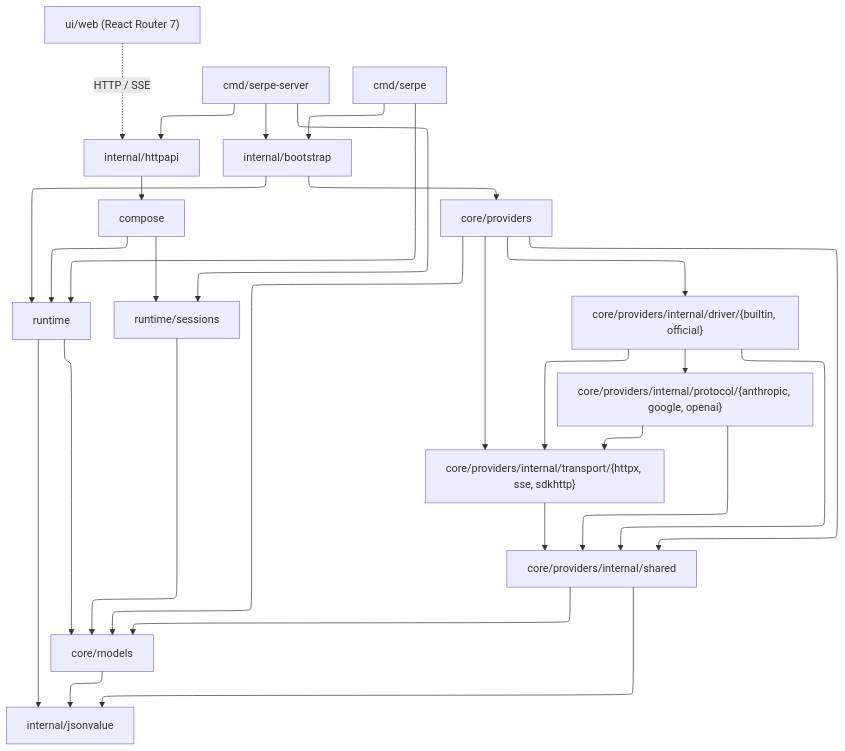
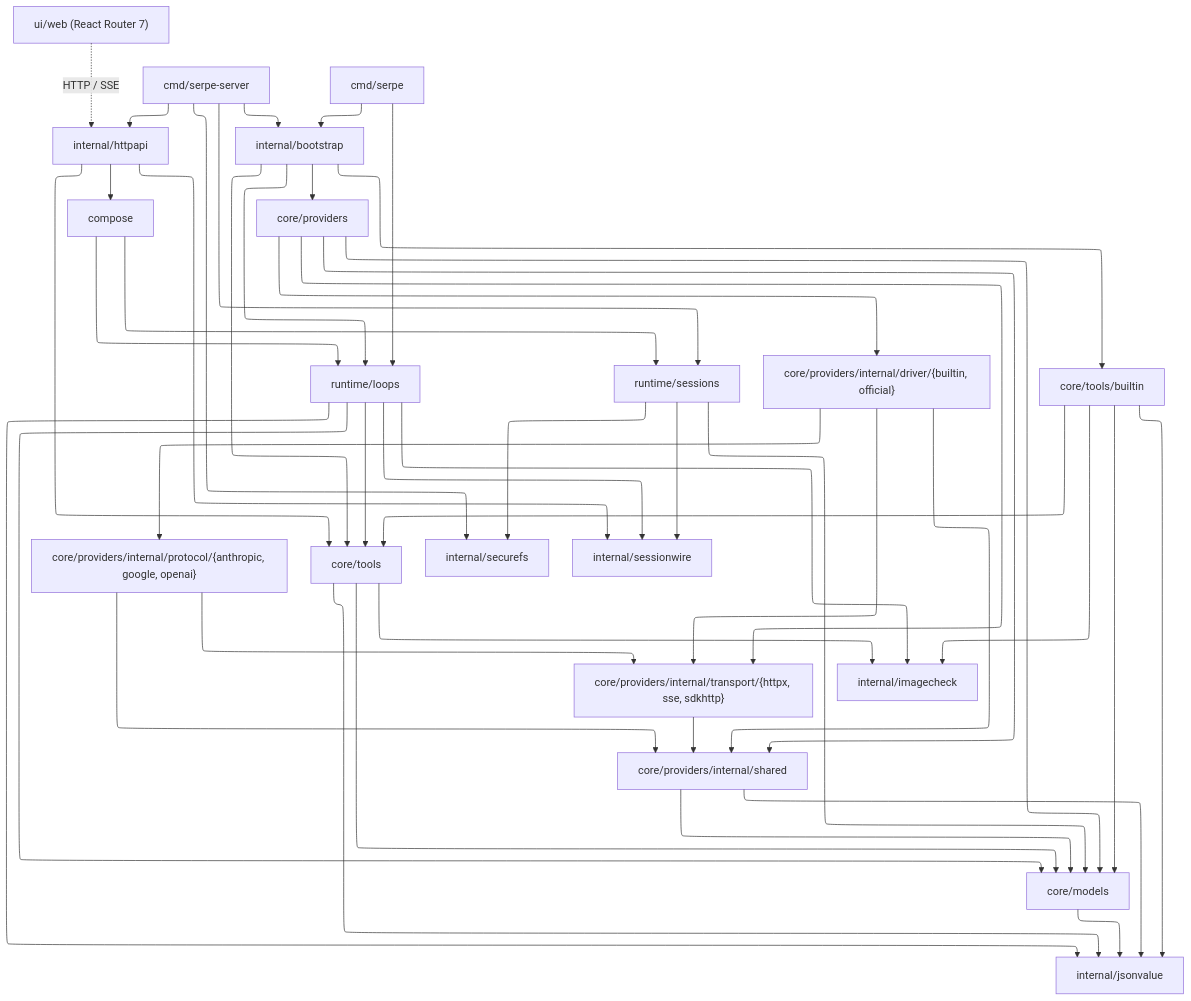
Before and after one commit to h2cone/serpe: the first of 3 diagrams in README.md, drawn with Mermaid. The commit also changed other lines of this file and 216 other files, not shown here.

First line of the commit message:
Add tools, loops, and server hardening

````diff
--- a/README.md
+++ b/README.md
@@ -9,57 +9,79 @@
 ```mermaid
 %%{init: {"flowchart": {"defaultRenderer": "elk"}}}%%
 flowchart TB
     %% Entrypoints
     web["ui/web (React Router 7)"]
     serve["cmd/serpe-server"]
     cli["cmd/serpe"]
 
     %% Application seams and runtime modules
     httpapi["internal/httpapi"]
     compose["compose"]
     bootstrap["internal/bootstrap"]
-    runtime["runtime"]
+    runloop["runtime/loops"]
     sessions["runtime/sessions"]
     providers["core/providers"]
 
     %% Provider internals
     drivers["core/providers/internal/driver/{builtin, official}"]
     protocols["core/providers/internal/protocol/{anthropic, google, openai}"]
     transports["core/providers/internal/transport/{httpx, sse, sdkhttp}"]
     shared["core/providers/internal/shared"]
 
     %% Shared contracts and leaf utilities
     models["core/models"]
+    toolscore["core/tools"]
+    toolbuilt["core/tools/builtin"]
     jsonvalue["internal/jsonvalue"]
+    imagecheck["internal/imagecheck"]
+    securefs["internal/securefs"]
+    sessionwire["internal/sessionwire"]
 
     cli --> bootstrap
-    cli --> runtime
+    cli --> runloop
     serve --> bootstrap
     serve --> httpapi
     serve --> sessions
+    serve --> securefs
     web -.->|HTTP / SSE| httpapi
 
-    bootstrap --> runtime
+    bootstrap --> runloop
     bootstrap --> providers
+    bootstrap --> toolscore
+    bootstrap --> toolbuilt
     httpapi --> compose
-    compose --> runtime
+    httpapi --> toolscore
+    httpapi --> sessionwire
+    compose --> runloop
     compose --> sessions
 
-    runtime --> models
-    runtime --> jsonvalue
+    runloop --> models
+    runloop --> toolscore
+    runloop --> jsonvalue
+    runloop --> imagecheck
+    runloop --> sessionwire
+    toolbuilt --> toolscore
+    toolbuilt --> models
+    toolbuilt --> jsonvalue
+    toolbuilt --> imagecheck
+    toolscore --> models
+    toolscore --> jsonvalue
+    toolscore --> imagecheck
     sessions --> models
+    sessions --> securefs
+    sessions --> sessionwire
     providers --> models
     providers --> drivers
     providers --> shared
     providers --> transports
 
     drivers --> protocols
     drivers --> shared
     drivers --> transports
     protocols --> shared
     protocols --> transports
     transports --> shared
     shared --> models
     shared --> jsonvalue
     models --> jsonvalue
 ```
````
